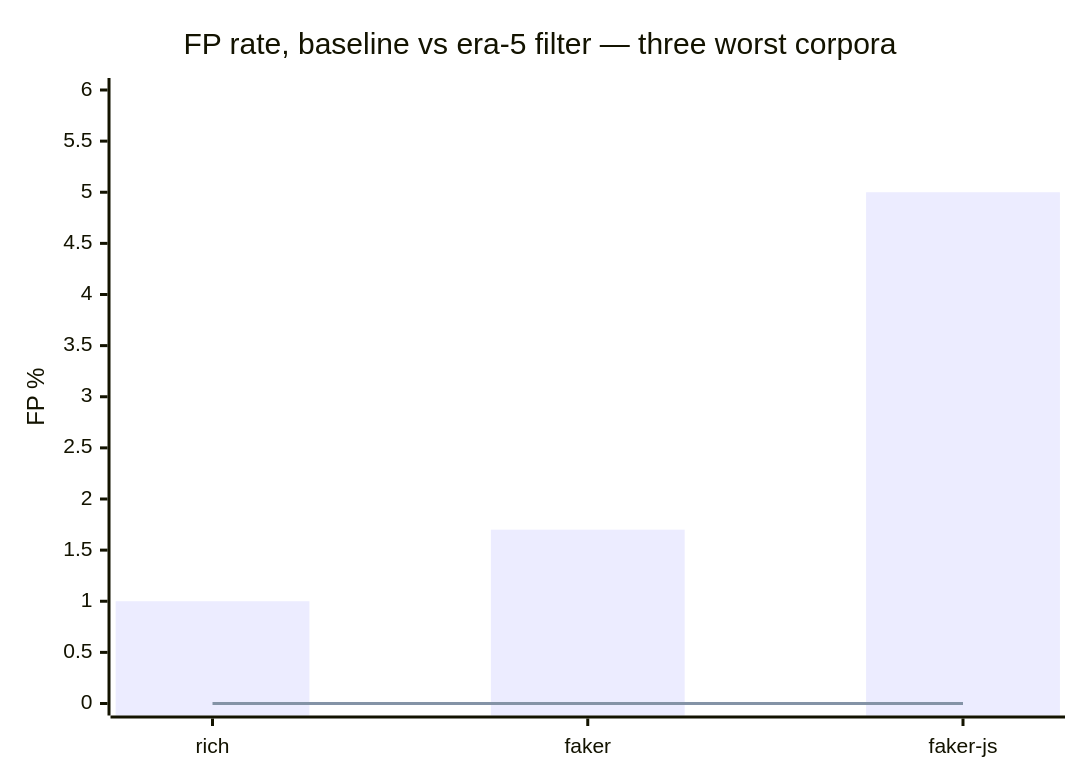
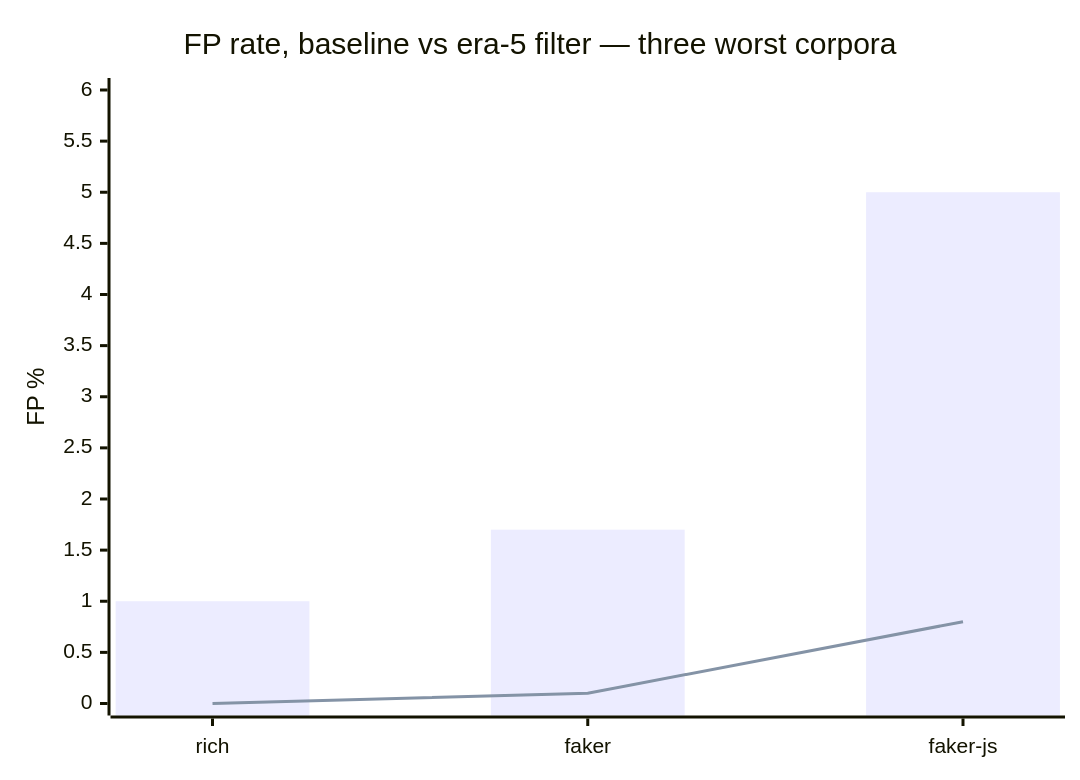
The diagram in docs/research/05-calibration-hygiene.md (get-tmonier/argot), drawn with Mermaid before and after one commit. The commit also changed other lines of this file and 3 other files, not shown here.

````diff
--- a/docs/research/05-calibration-hygiene.md
+++ b/docs/research/05-calibration-hygiene.md
@@ -82,8 +81,8 @@
 ```mermaid
 xychart-beta
     title "FP rate, baseline vs era-5 filter — three worst corpora"
     x-axis ["rich", "faker", "faker-js"]
     y-axis "FP %" 0 --> 6
     bar [1.0, 1.7, 5.0]
-    line [0.0, 0.0, 0.0]
+    line [0.0, 0.1, 0.8]
 ```
````
